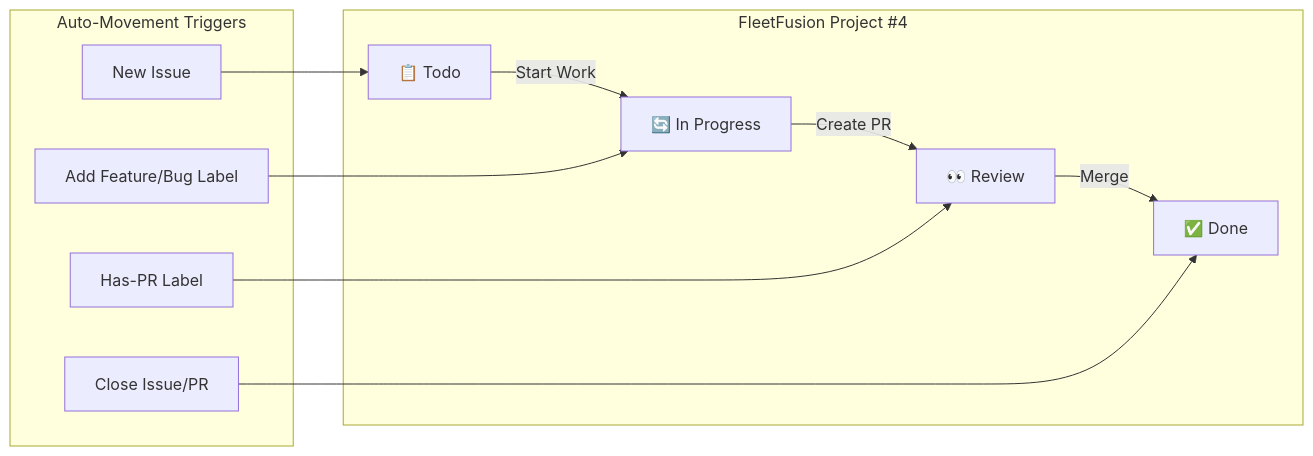
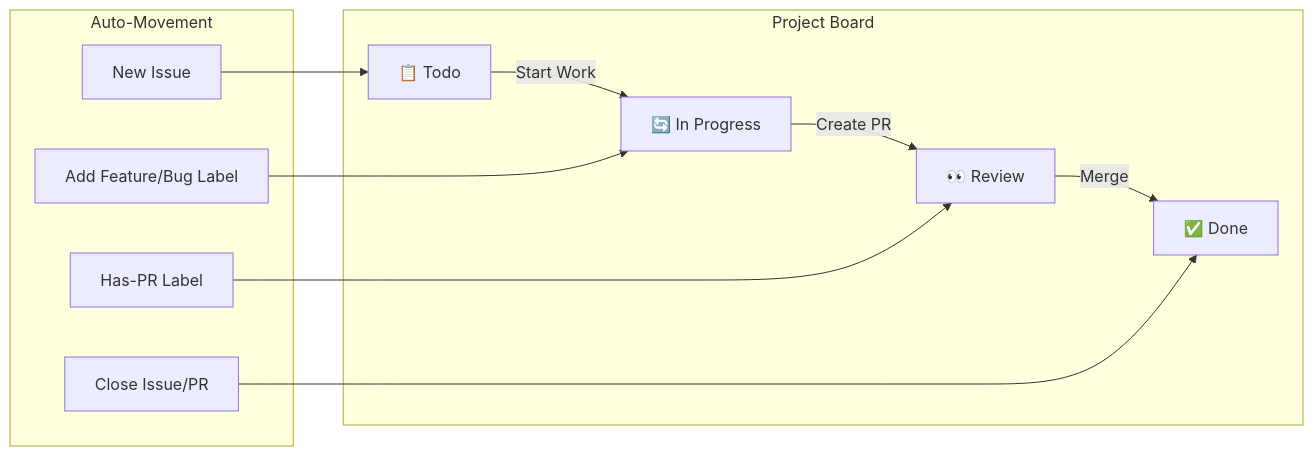
Before and after one commit to DigitalHerencia/fleet-fussion-multi-tenant-trucking-saas: the first of 2 diagrams in .codex/agents.md, drawn with Mermaid. The commit also changed other lines of this file, not shown here.

````diff
--- a/.codex/agents.md
+++ b/.codex/agents.md
@@ -73,15 +71,14 @@
 ```mermaid
 graph LR
-  subgraph "FleetFusion Project #4"
+  subgraph "Project Board"
     A[📋 Todo] -->|Start Work| B[🔄 In Progress]
     B -->|Create PR| C[👀 Review]
     C -->|Merge| D[✅ Done]
   end
-
-  subgraph "Auto-Movement Triggers"
+  subgraph "Auto-Movement"
     E[New Issue] --> A
     F[Add Feature/Bug Label] --> B
     G[Has-PR Label] --> C
     H[Close Issue/PR] --> D
   end
 ```
````
